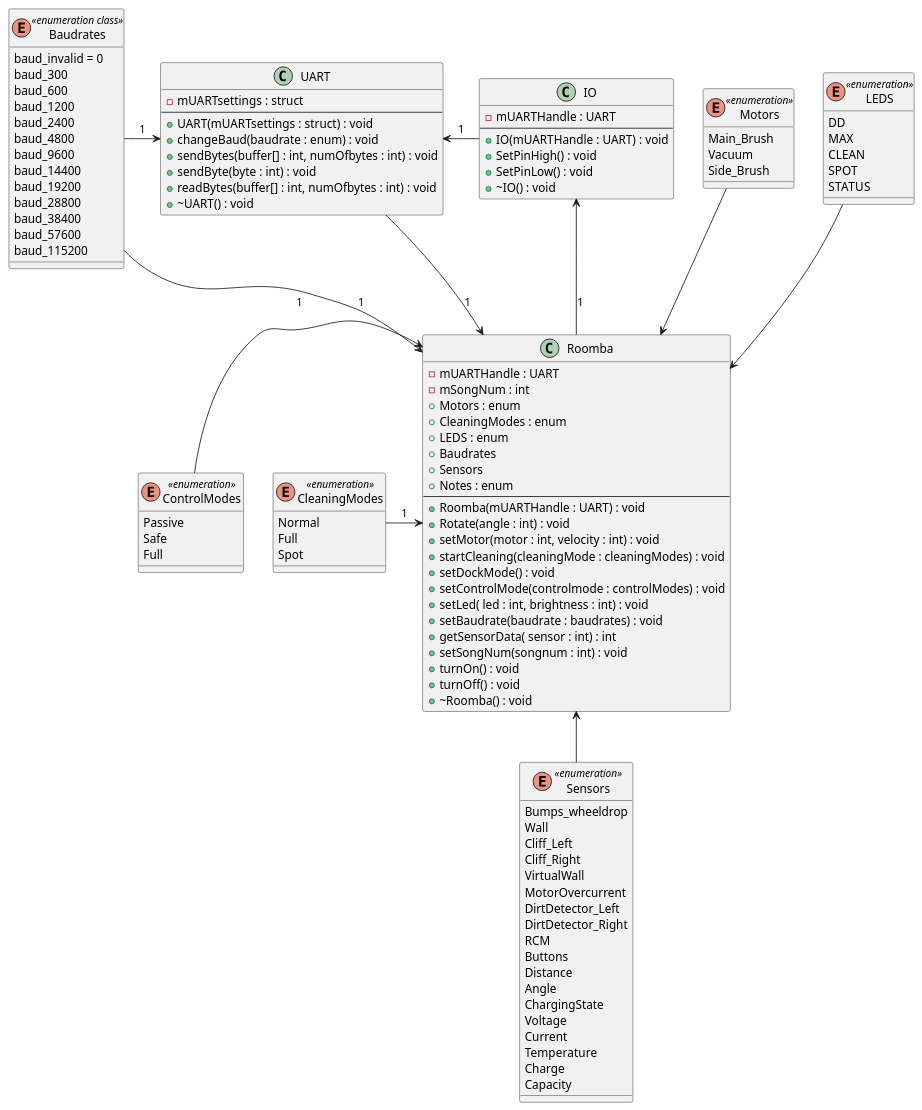
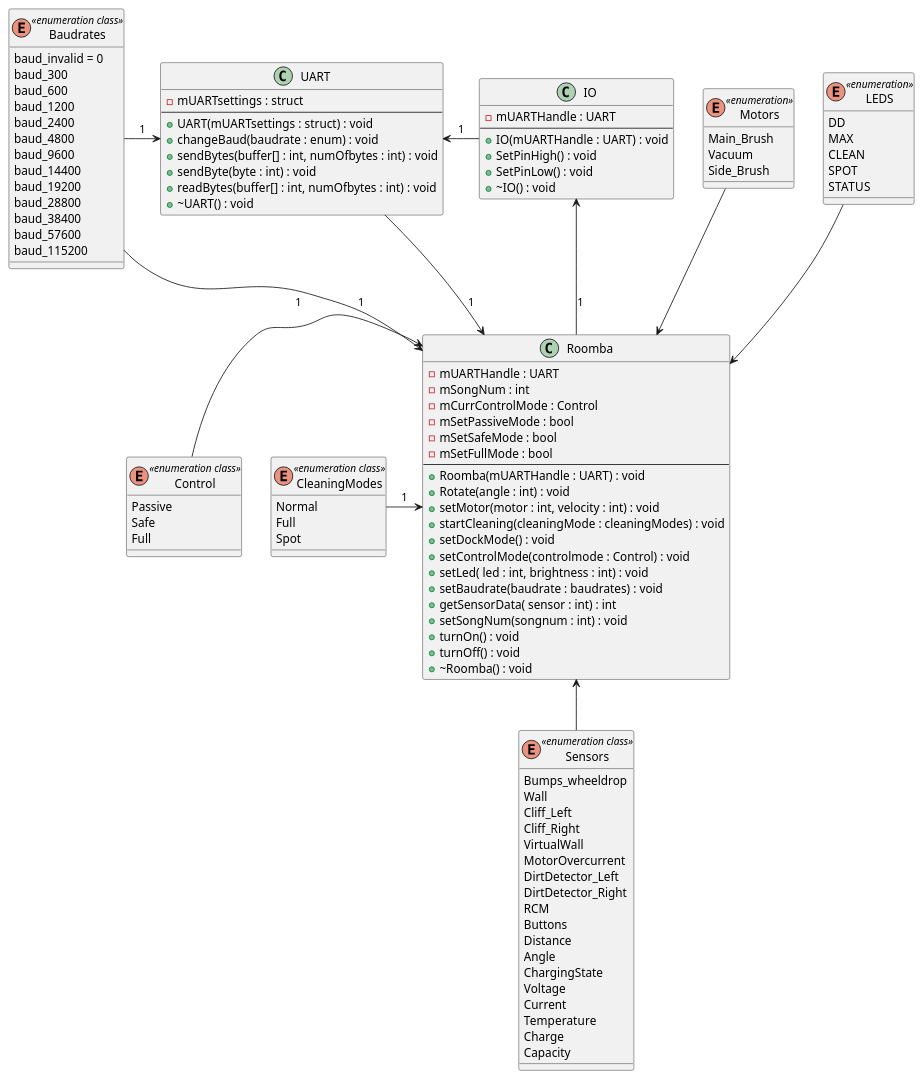
Before and after one commit to Hoog-V/Roomba_project_cpp: the diagram in Documentatie/Diagrammen/Roomba class diagram .puml, drawn with PlantUML.

Commit message:
-enh Fixed Roomba class to match code -> class diagram

```diff
--- a/Documentatie/Diagrammen/Roomba class diagram .puml
+++ b/Documentatie/Diagrammen/Roomba class diagram .puml
@@ -1,137 +1,136 @@
 @startuml Roomba
 
 class Roomba 
-class CleaningModes <<enumeration>>
-class LEDS <<enumeration>>
-class Motors <<enumeration>>
-class ControlModes <<enumeration>>
-class Sensors <<enumeration>>
-interface UART
-interface Baudrates <<enumeration class>>
+enum CleaningModes <<enumeration class>>
+enum LEDS <<enumeration>>
+enum Motors <<enumeration>>
+enum Control <<enumeration class>>
+enum Sensors <<enumeration class>>
+
+class UART
+enum Baudrates <<enumeration class>>
 
 Roomba <-left- CleaningModes : 1
 Roomba <-up- LEDS
 Roomba <-up- Motors 
-Roomba <-left- ControlModes : 1
+Roomba <-left- Control : 1
 Roomba <-down- Sensors
 Roomba <-up- UART : 1
 Roomba <-left- Baudrates : 1
 
 
 UART <-left- Baudrates : 1
 
 IO <-down- Roomba : 1
 
 UART <-right- IO : 1
 
 class Roomba {
   - mUARTHandle : UART
   - mSongNum : int
-  + Motors : enum
-  + CleaningModes : enum
-  + LEDS : enum
-  + Baudrates
-  + Sensors
-  + Notes : enum
+  - mCurrControlMode : Control
+  - mSetPassiveMode : bool
+  - mSetSafeMode : bool
+  - mSetFullMode : bool
   --
   + Roomba(mUARTHandle : UART) : void
   + Rotate(angle : int) : void
   + setMotor(motor : int, velocity : int) : void
   + startCleaning(cleaningMode : cleaningModes) : void
   + setDockMode() : void
-  + setControlMode(controlmode : controlModes) : void
+  + setControlMode(controlmode : Control) : void
   + setLed( led : int, brightness : int) : void
   + setBaudrate(baudrate : baudrates) : void
   + getSensorData( sensor : int) : int
   + setSongNum(songnum : int) : void
   + turnOn() : void
   + turnOff() : void
   + ~Roomba() : void
 }
 
 enum LEDS {
 DD
 MAX
 CLEAN
 SPOT
 STATUS
 }
 
 enum Motors {
 Main_Brush
 Vacuum
 Side_Brush
 }
 
 enum Baudrates {
 baud_invalid = 0
 baud_300
 baud_600
 baud_1200
 baud_2400
 baud_4800
 baud_9600
 baud_14400
 baud_19200
 baud_28800
 baud_38400
 baud_57600
 baud_115200
 }
 
 class UART {
 - mUARTsettings : struct
 --
 + UART(mUARTsettings : struct) : void
 + changeBaud(baudrate : enum) : void
 + sendBytes(buffer[] : int, numOfbytes : int) : void
 + sendByte(byte : int) : void
 + readBytes(buffer[] : int, numOfbytes : int) : void
 + ~UART() : void
 }
 
 enum CleaningModes {
 Normal
 Full
 Spot
 }
 
-enum ControlModes {
+enum Control {
 Passive
 Safe
 Full
 }
 
 enum Sensors {
 Bumps_wheeldrop
 Wall
 Cliff_Left
 Cliff_Right
 VirtualWall
 MotorOvercurrent
 DirtDetector_Left
 DirtDetector_Right
 RCM
 Buttons
 Distance
 Angle
 ChargingState
 Voltage
 Current
 Temperature
 Charge
 Capacity
 }
 
 
 class IO {
 - mUARTHandle : UART
 --
 + IO(mUARTHandle : UART) : void
 + SetPinHigh() : void
 + SetPinLow() : void
 + ~IO() : void
 }
 
 
 @enduml
```
